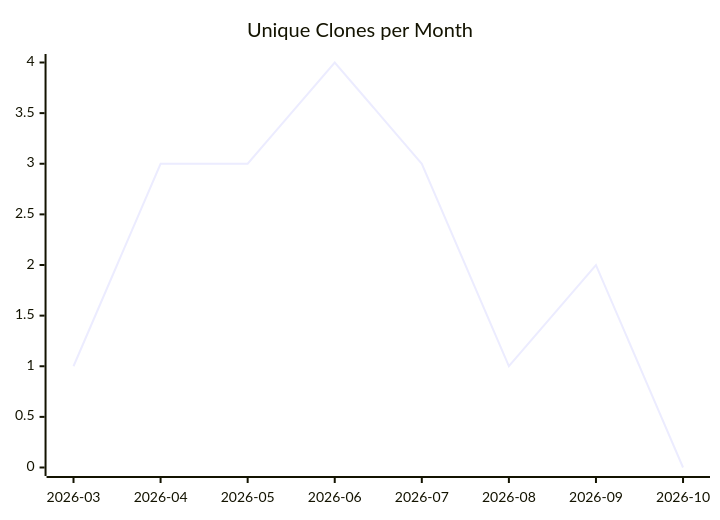
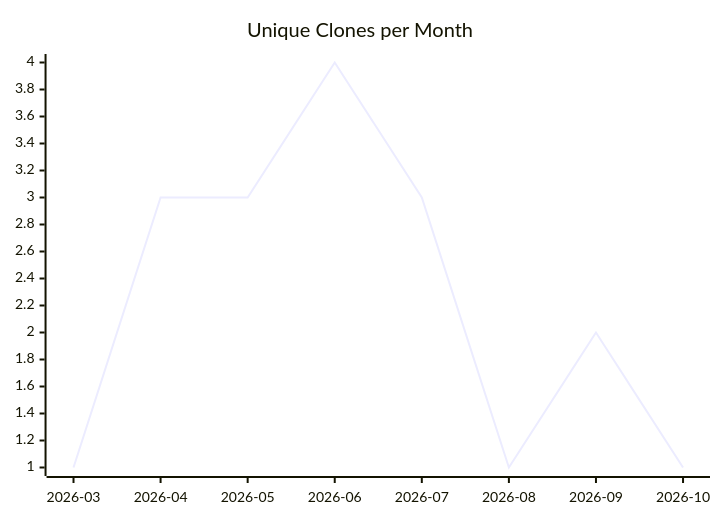
One commit to justdavis-family/github-analytics-data changed the third of 3 diagrams in karlmdavis/ansible-jenkins/README.md. Above: the diagram before and after it, drawn with Mermaid. The commit also changed other lines of this file and 200 other files, not shown here.

````diff
--- a/karlmdavis/ansible-jenkins/README.md
+++ b/karlmdavis/ansible-jenkins/README.md
@@ -19,6 +19,6 @@
 ```mermaid
 xychart-beta
   title "Unique Clones per Month"
   x-axis ["2026-03", "2026-04", "2026-05", "2026-06", "2026-07", "2026-08", "2026-09", "2026-10"]
-  line [1, 3, 3, 4, 3, 1, 2, 0]
+  line [1, 3, 3, 4, 3, 1, 2, 1]
 ```
````
